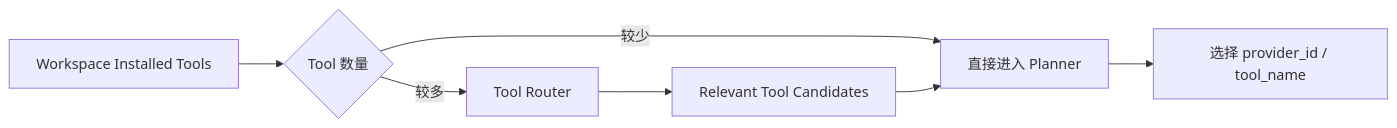
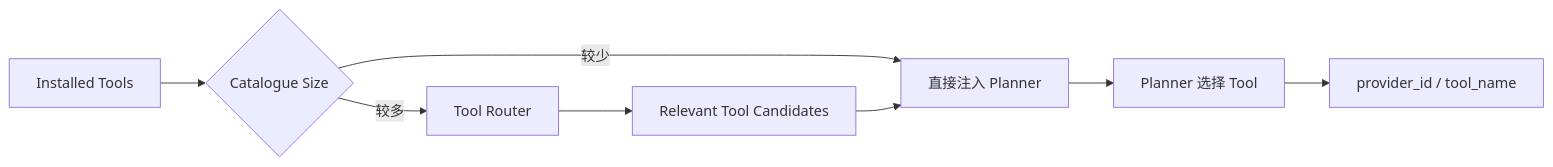
The sixth of 10 diagrams in weekly-report/dify-1.17-core-capabilities-research.md (sgfd-ui/internship), drawn with Mermaid before and after one commit. The commit also changed other lines of this file, not shown here.

````diff
--- a/weekly-report/dify-1.17-core-capabilities-research.md
+++ b/weekly-report/dify-1.17-core-capabilities-research.md
@@ -222,9 +212,10 @@
 ```mermaid
 flowchart LR
-    A[Workspace Installed Tools] --> B{Tool 数量}
-    B -->|较少| C[直接进入 Planner]
+    A[Installed Tools] --> B{Catalogue Size}
+    B -->|较少| C[直接注入 Planner]
     B -->|较多| D[Tool Router]
     D --> E[Relevant Tool Candidates]
     E --> C
-    C --> F[选择 provider_id / tool_name]
+    C --> F[Planner 选择 Tool]
+    F --> G[provider_id / tool_name]
 ```
````
